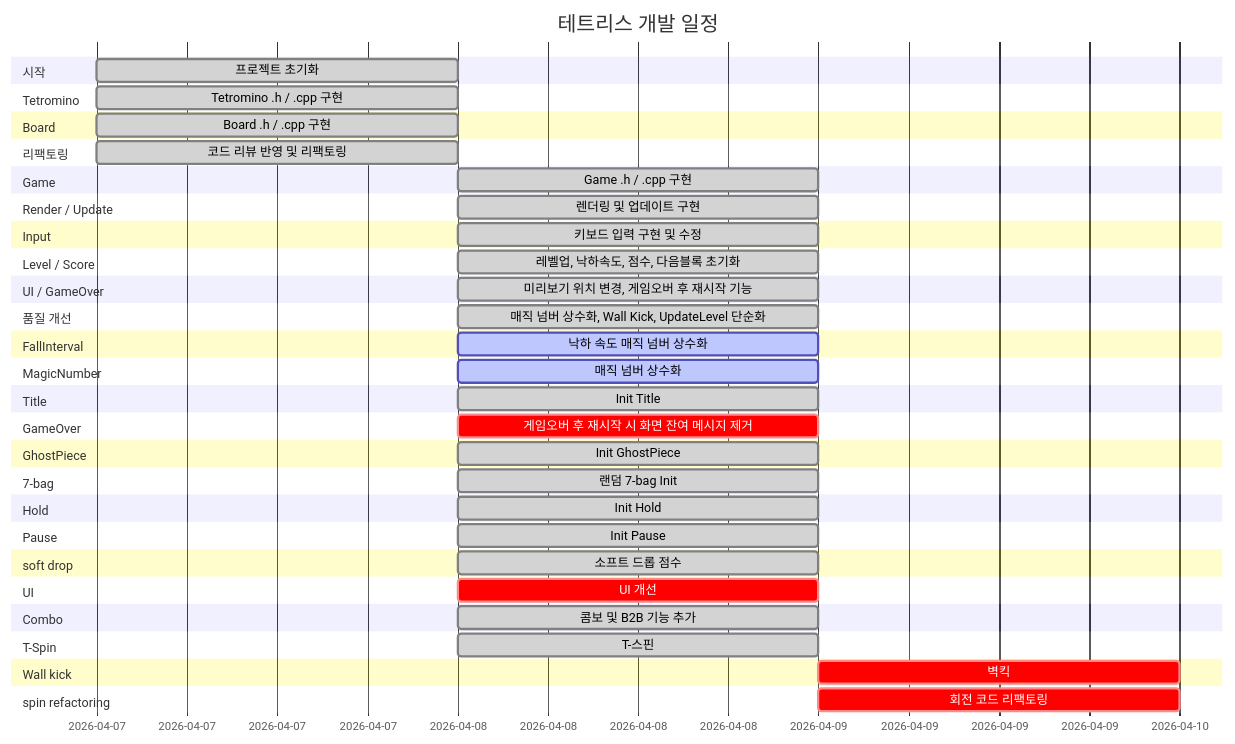
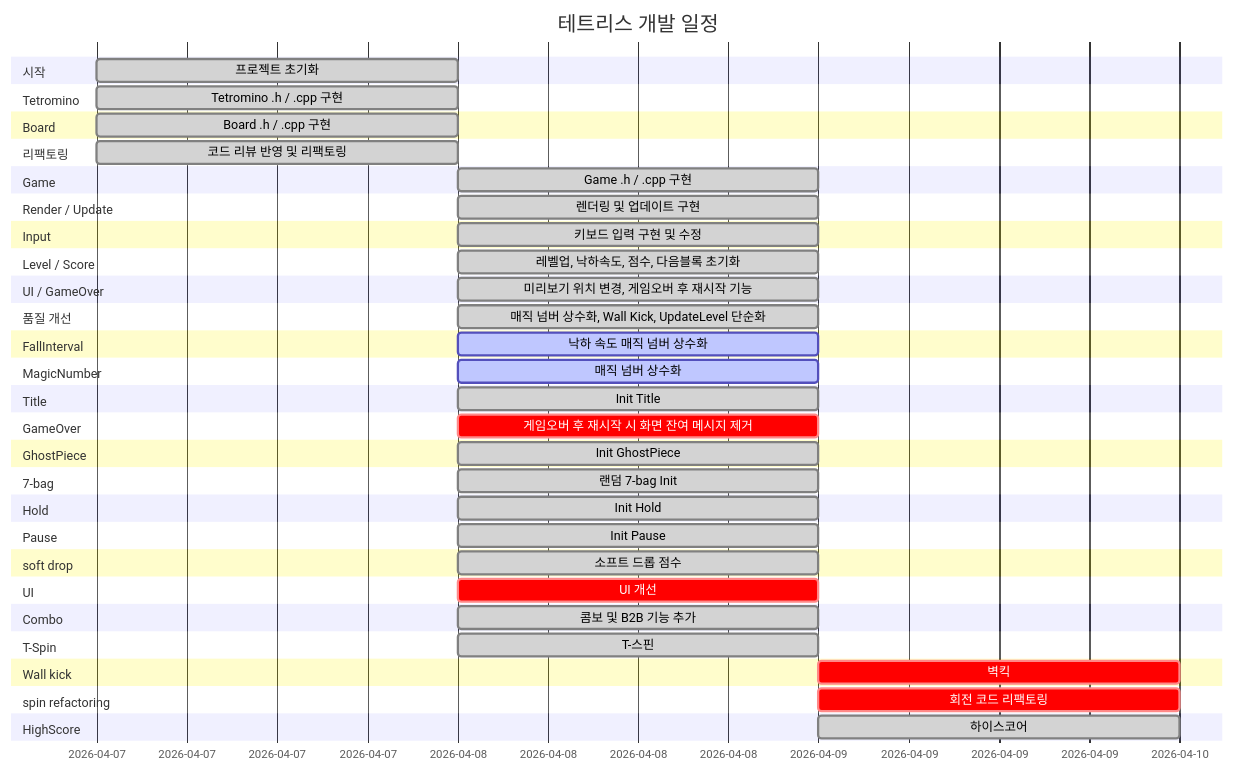
Before and after one commit to Chance031/Tetris-cpp: the diagram in README.md, drawn with Mermaid. The commit also changed other lines of this file, not shown here.

Commit message:
docs: README 자동 업데이트 [skip ci]

````diff
--- a/README.md
+++ b/README.md
@@ -27,53 +27,55 @@
 ```mermaid
 gantt
     title 테트리스 개발 일정
     dateFormat YYYY-MM-DD
     section 시작
         프로젝트 초기화 :done, init, 2026-04-07, 1d
     section Tetromino
         Tetromino .h / .cpp 구현 :done, t16803, 2026-04-07, 1d
     section Board
         Board .h / .cpp 구현 :done, t84048, 2026-04-07, 1d
     section 리팩토링
         코드 리뷰 반영 및 리팩토링 :done, refactor, 2026-04-07, 1d
     section Game
         Game .h / .cpp 구현 :done, t91896, 2026-04-08, 1d
     section Render / Update
         렌더링 및 업데이트 구현 :done, t47867, 2026-04-08, 1d
     section Input
         키보드 입력 구현 및 수정 :done, t8258, 2026-04-08, 1d
     section Level / Score
         레벨업, 낙하속도, 점수, 다음블록 초기화 :done, t44367, 2026-04-08, 1d
     section UI / GameOver
         미리보기 위치 변경, 게임오버 후 재시작 기능 :done, t55123, 2026-04-08, 1d
     section 품질 개선
         매직 넘버 상수화, Wall Kick, UpdateLevel 단순화 :done, t66234, 2026-04-08, 1d
     section FallInterval
         낙하 속도 매직 넘버 상수화 :active, t66782, 2026-04-08, 1d
     section MagicNumber
         매직 넘버 상수화 :active, t23180, 2026-04-08, 1d
     section Title
         Init Title :done, t45140, 2026-04-08, 1d
     section GameOver
         게임오버 후 재시작 시 화면 잔여 메시지 제거 :crit, t96693, 2026-04-08, 1d
     section GhostPiece
         Init GhostPiece :done, t88826, 2026-04-08, 1d
     section 7-bag
         랜덤 7-bag Init :done, t21893, 2026-04-08, 1d
     section Hold
         Init Hold :done, t97044, 2026-04-08, 1d
     section Pause
         Init Pause :done, t97166, 2026-04-08, 1d
     section soft drop
         소프트 드롭 점수 :done, t4875, 2026-04-08, 1d
     section UI
         UI 개선 :crit, t85460, 2026-04-08, 1d
     section Combo
         콤보 및 B2B 기능 추가 :done, t36199, 2026-04-08, 1d
     section T-Spin
         T-스핀 :done, t94811, 2026-04-08, 1d
     section Wall kick
         벽킥 :crit, t77172, 2026-04-09, 1d
     section spin refactoring
         회전 코드 리팩토링 :crit, t55626, 2026-04-09, 1d
+    section HighScore
+        하이스코어 :done, t63273, 2026-04-09, 1d
 ```
````
